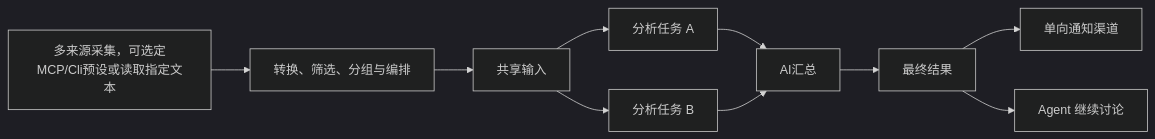
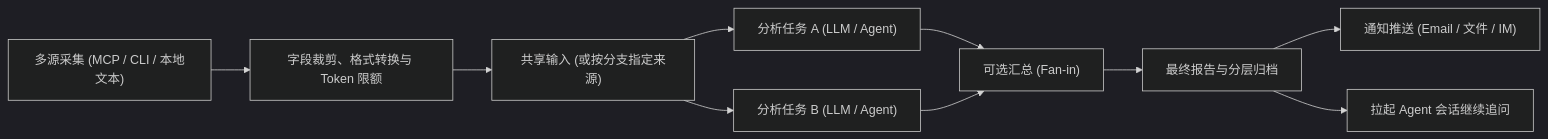
Before and after one commit to striiiiiing/WorkFLowWeave: the diagram in README.md, drawn with Mermaid (dark theme). The commit also changed other lines of this file, not shown here.

Commit message:
docs: rewrite README with clearer workflow and agent overview

````diff
--- a/README.md
+++ b/README.md
@@ -25,12 +138,12 @@
 ```mermaid
 flowchart LR
-    A["多来源采集，可选定MCP/Cli预设或读取指定文本"] --> B["转换、筛选、分组与编排"]
-    B --> C[共享输入]
-    C --> D[分析任务 A]
-    C --> E[分析任务 B]
-    D --> F[AI汇总]
+    A["多源采集 (MCP / CLI / 本地文本)"] --> B["字段裁剪、格式转换与 Token 限额"]
+    B --> C["共享输入 (或按分支指定来源)"]
+    C --> D["分析任务 A (LLM / Agent)"]
+    C --> E["分析任务 B (LLM / Agent)"]
+    D --> F["可选汇总 (Fan-in)"]
     E --> F
-    F --> G[最终结果]
-    G --> H[单向通知渠道]
-    G --> I[Agent 继续讨论]
+    F --> G["最终报告与分层归档"]
+    G --> H["通知推送 (Email / 文件 / IM)"]
+    G --> I["拉起 Agent 会话继续追问"]
 ```
````
